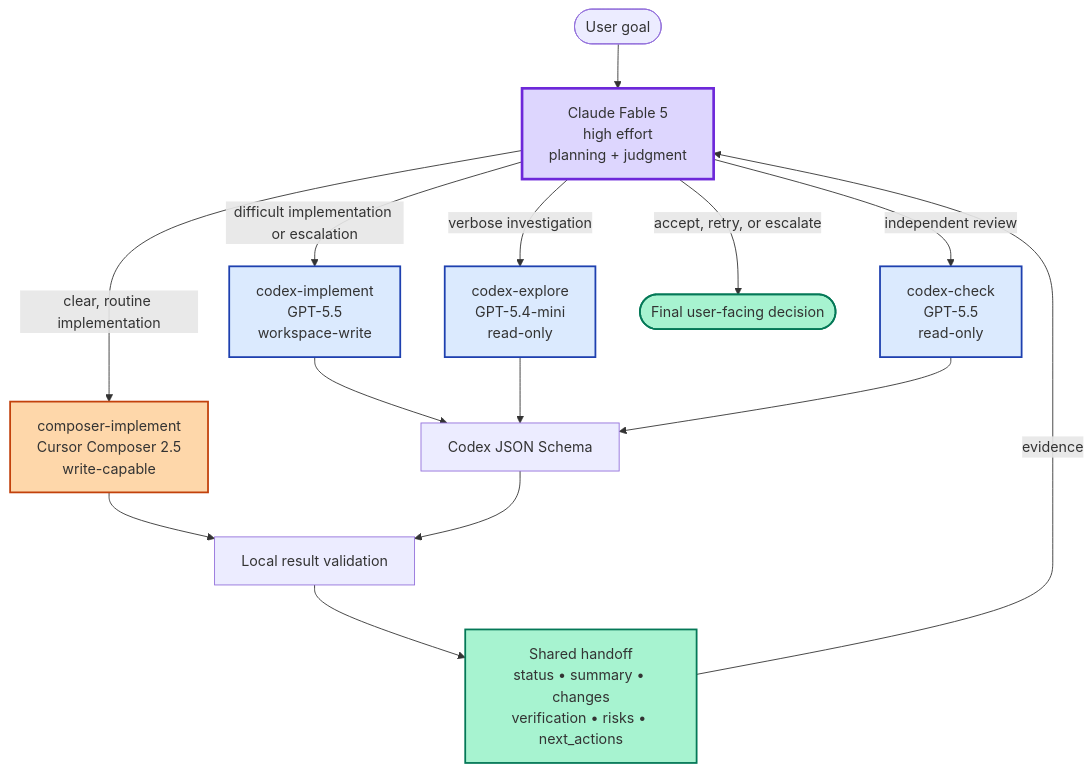
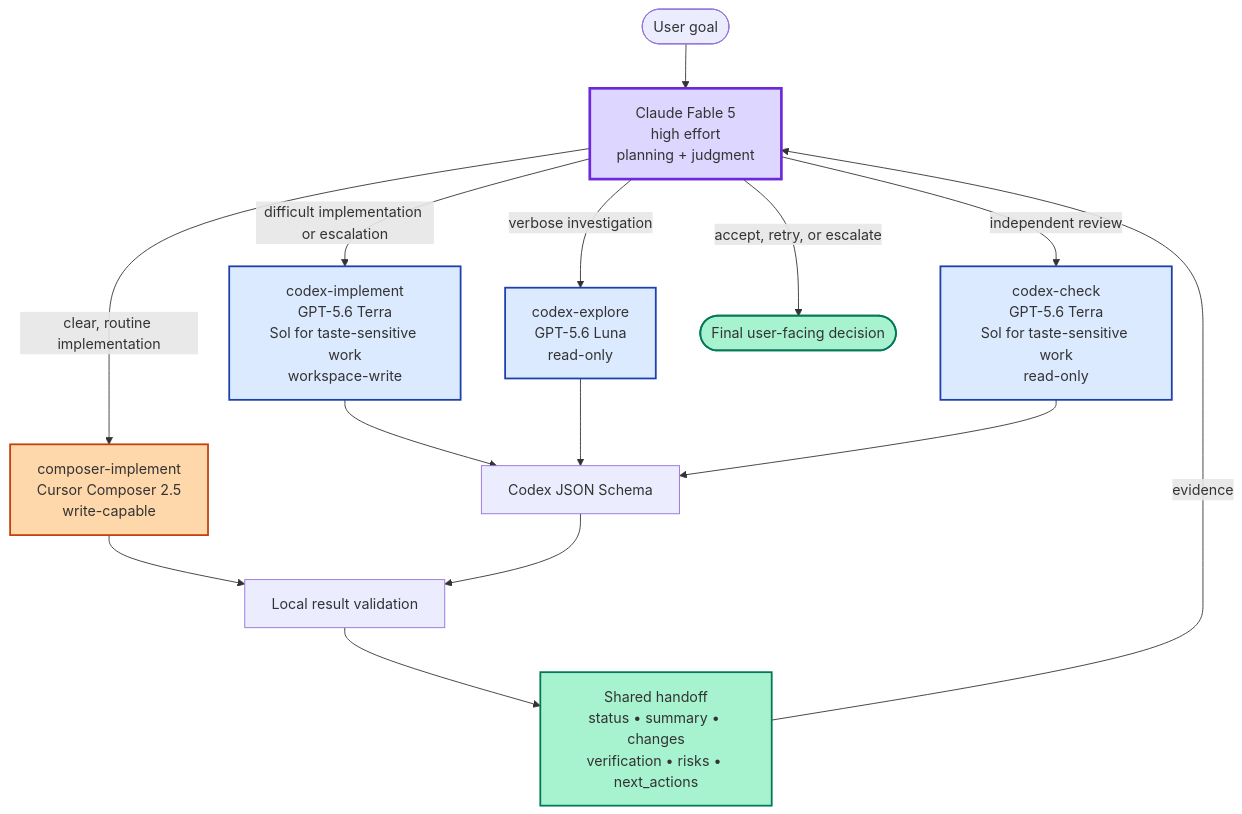
Before and after one commit to andysolomon/arc-orchestrator: the first of 3 diagrams in docs/diagrams/mermaid.md, drawn with Mermaid. The commit also changed other lines of this file and 41 other files, not shown here.

````diff
--- a/docs/diagrams/mermaid.md
+++ b/docs/diagrams/mermaid.md
@@ -5,28 +5,28 @@
 ```mermaid
 flowchart TB
     User([User goal]) --> Fable["Claude Fable 5<br/>high effort<br/>planning + judgment"]
 
     Fable -->|clear, routine implementation| Composer["composer-implement<br/>Cursor Composer 2.5<br/>write-capable"]
-    Fable -->|difficult implementation or escalation| CodexImpl["codex-implement<br/>GPT-5.5<br/>workspace-write"]
-    Fable -->|verbose investigation| Explore["codex-explore<br/>GPT-5.4-mini<br/>read-only"]
-    Fable -->|independent review| Check["codex-check<br/>GPT-5.5<br/>read-only"]
+    Fable -->|difficult implementation or escalation| CodexImpl["codex-implement<br/>GPT-5.6 Terra<br/>Sol for taste-sensitive work<br/>workspace-write"]
+    Fable -->|verbose investigation| Explore["codex-explore<br/>GPT-5.6 Luna<br/>read-only"]
+    Fable -->|independent review| Check["codex-check<br/>GPT-5.6 Terra<br/>Sol for taste-sensitive work<br/>read-only"]
 
     Composer --> Normalize["Local result validation"]
     CodexImpl --> Schema["Codex JSON Schema"]
     Explore --> Schema
     Check --> Schema
     Schema --> Normalize
 
     Normalize --> Handoff["Shared handoff<br/>status • summary • changes<br/>verification • risks • next_actions"]
     Handoff -->|evidence| Fable
     Fable -->|accept, retry, or escalate| Result([Final user-facing decision])
 
     classDef planner fill:#ddd6fe,stroke:#6d28d9,stroke-width:3px;
     classDef composer fill:#fed7aa,stroke:#c2410c,stroke-width:2px;
     classDef codex fill:#dbeafe,stroke:#1e40af,stroke-width:2px;
     classDef evidence fill:#a7f3d0,stroke:#047857,stroke-width:2px;
     class Fable planner;
     class Composer composer;
     class CodexImpl,Explore,Check codex;
     class Handoff,Result evidence;
 ```
````
